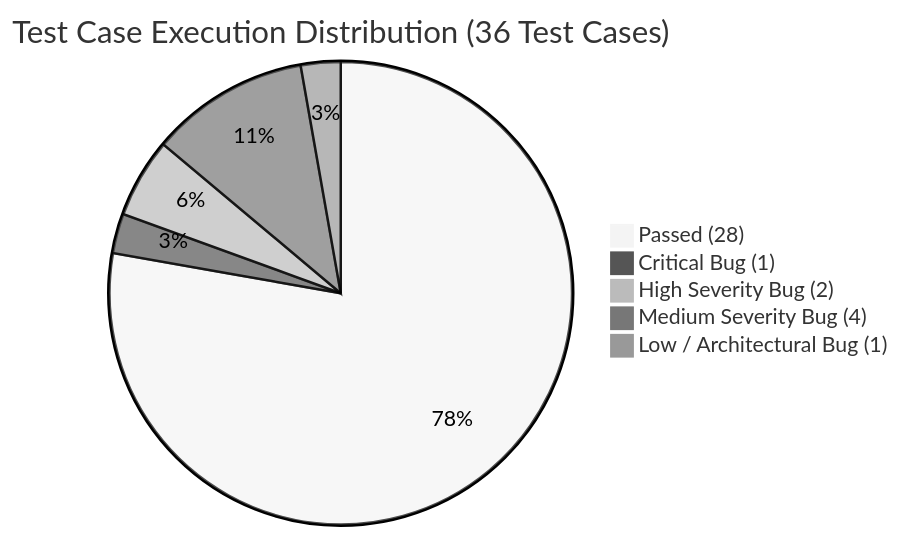
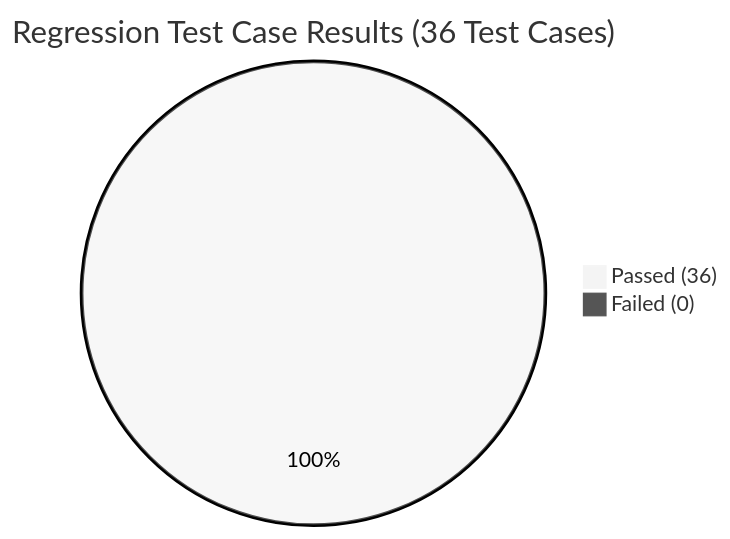
The diagram in TEST_CASES.md (Raghavmalani77/EduPathAI), drawn with Mermaid (neutral theme) before and after one commit. The commit also changed other lines of this file and 6 other files, not shown here.

````diff
--- a/TEST_CASES.md
+++ b/TEST_CASES.md
@@ -56,8 +57,5 @@
 ```mermaid
-pie title Test Case Execution Distribution (36 Test Cases)
-    "Passed (28)" : 28
-    "Critical Bug (1)" : 1
-    "High Severity Bug (2)" : 2
-    "Medium Severity Bug (4)" : 4
-    "Low / Architectural Bug (1)" : 1
+pie title Regression Test Case Results (36 Test Cases)
+    "Passed (36)" : 36
+    "Failed (0)" : 0
 ```
````
